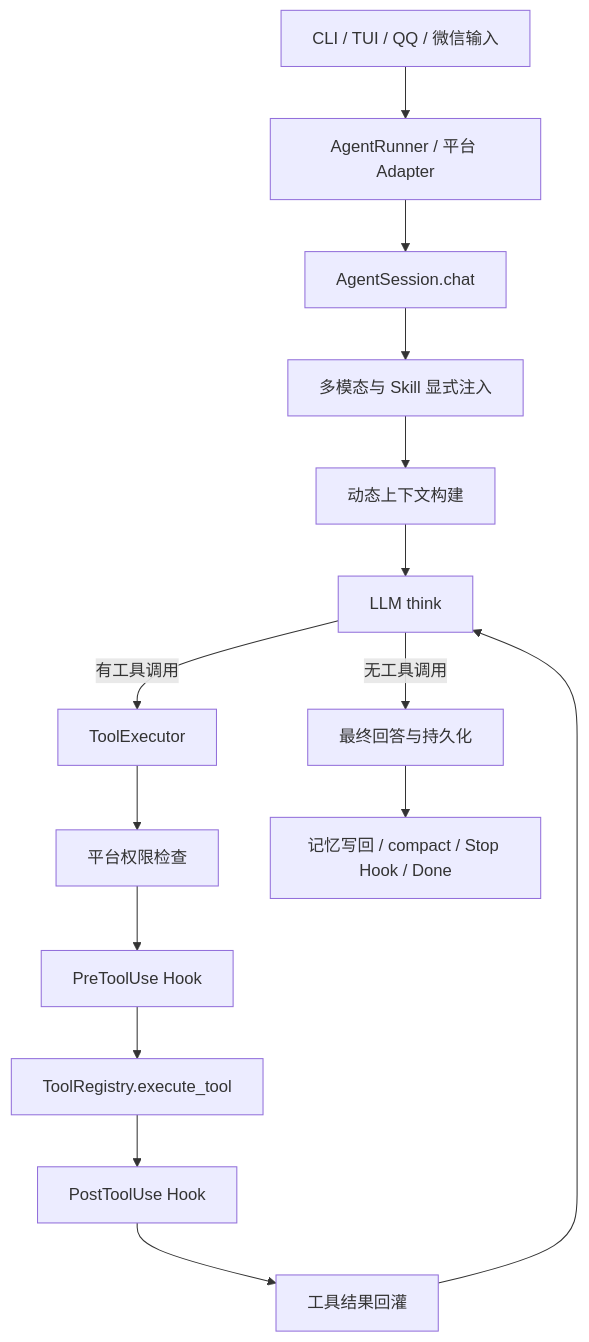
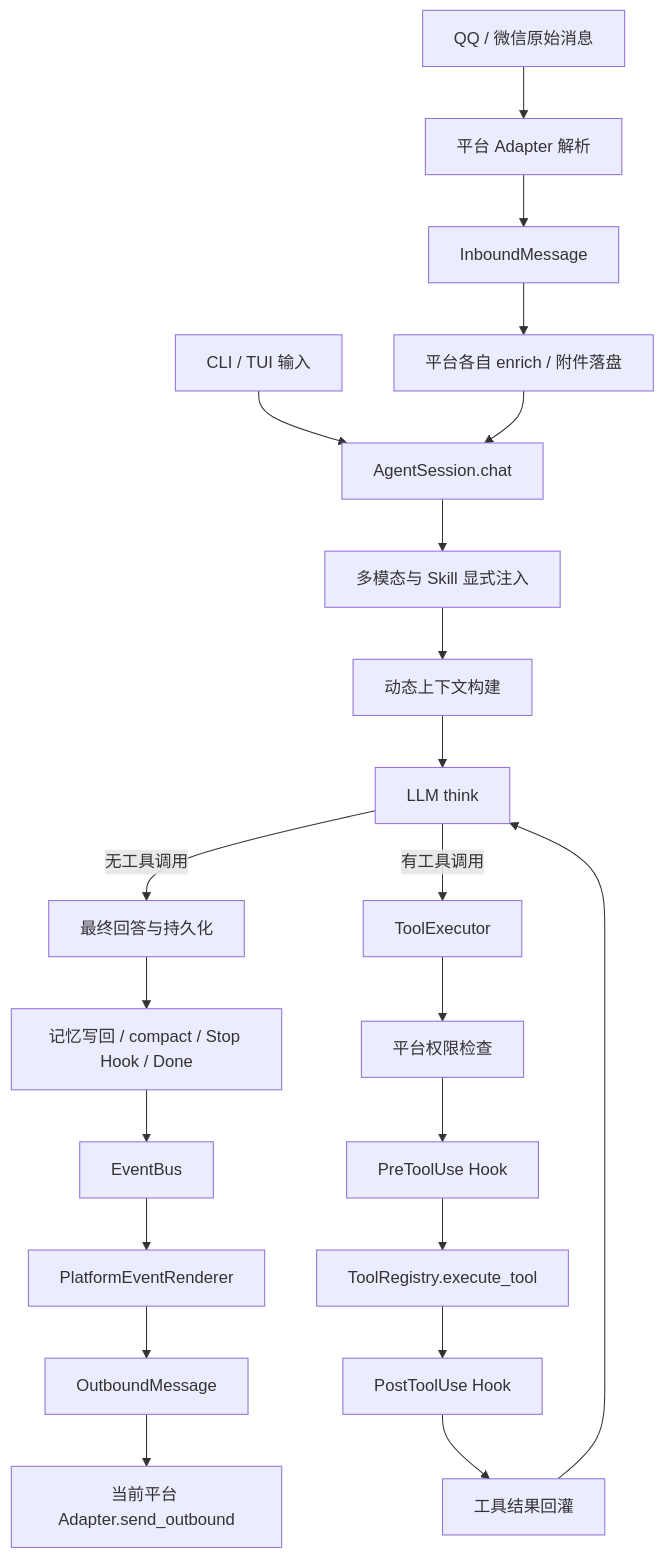
Before and after one commit to CB257526/cb-agent: the first of 4 diagrams in 插件系统与Agent流程扩展架构设计.md, drawn with Mermaid. The commit also changed other lines of this file and 11 other files, not shown here.

````diff
--- a/插件系统与Agent流程扩展架构设计.md
+++ b/插件系统与Agent流程扩展架构设计.md
@@ -68,17 +88,24 @@
 ```mermaid
 flowchart TD
-    A[CLI / TUI / QQ / 微信输入] --> B[AgentRunner / 平台 Adapter]
-    B --> C[AgentSession.chat]
+    A[CLI / TUI 输入] --> C[AgentSession.chat]
+    P[QQ / 微信原始消息] --> PA[平台 Adapter 解析]
+    PA --> IM[InboundMessage]
+    IM --> PE[平台各自 enrich / 附件落盘]
+    PE --> C
     C --> D[多模态与 Skill 显式注入]
     D --> E[动态上下文构建]
     E --> F[LLM think]
     F -->|无工具调用| G[最终回答与持久化]
     F -->|有工具调用| H[ToolExecutor]
     H --> I[平台权限检查]
     I --> J[PreToolUse Hook]
     J --> K[ToolRegistry.execute_tool]
     K --> L[PostToolUse Hook]
     L --> M[工具结果回灌]
     M --> F
     G --> N[记忆写回 / compact / Stop Hook / Done]
+    N --> EB[EventBus]
+    EB --> PR[PlatformEventRenderer]
+    PR --> OM[OutboundMessage]
+    OM --> PS[当前平台 Adapter.send_outbound]
 ```
````
